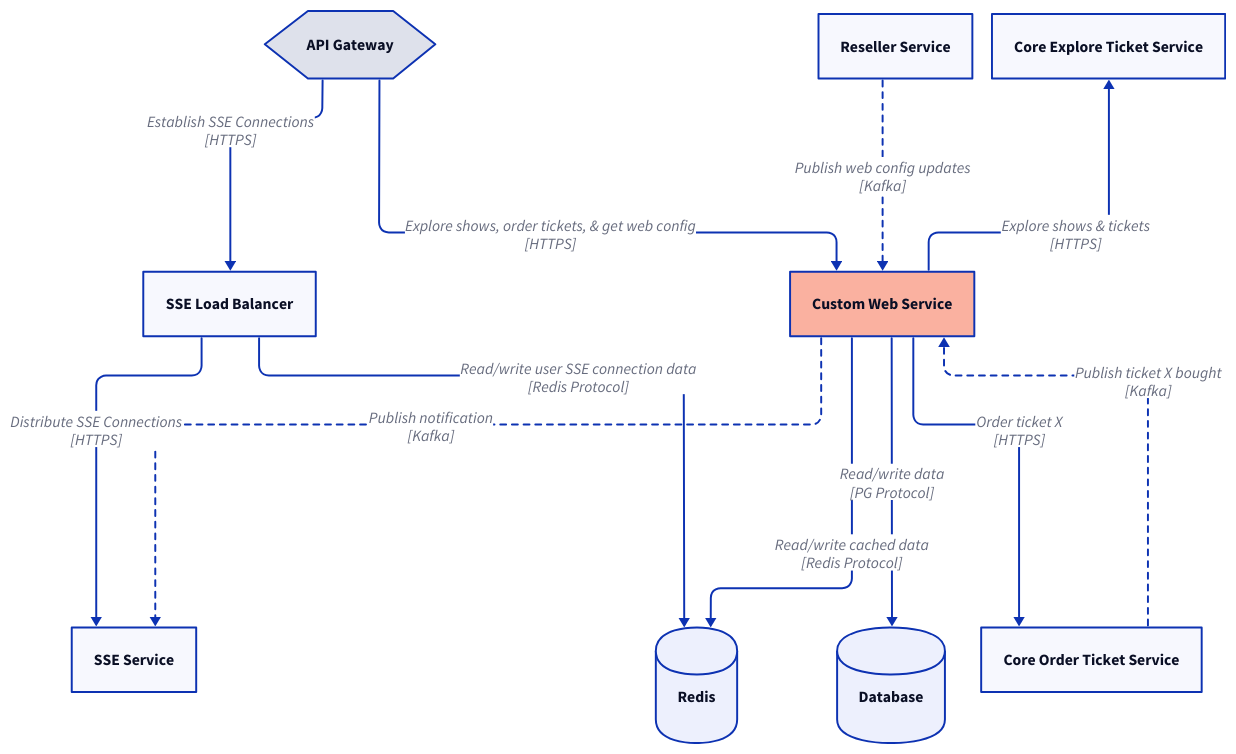
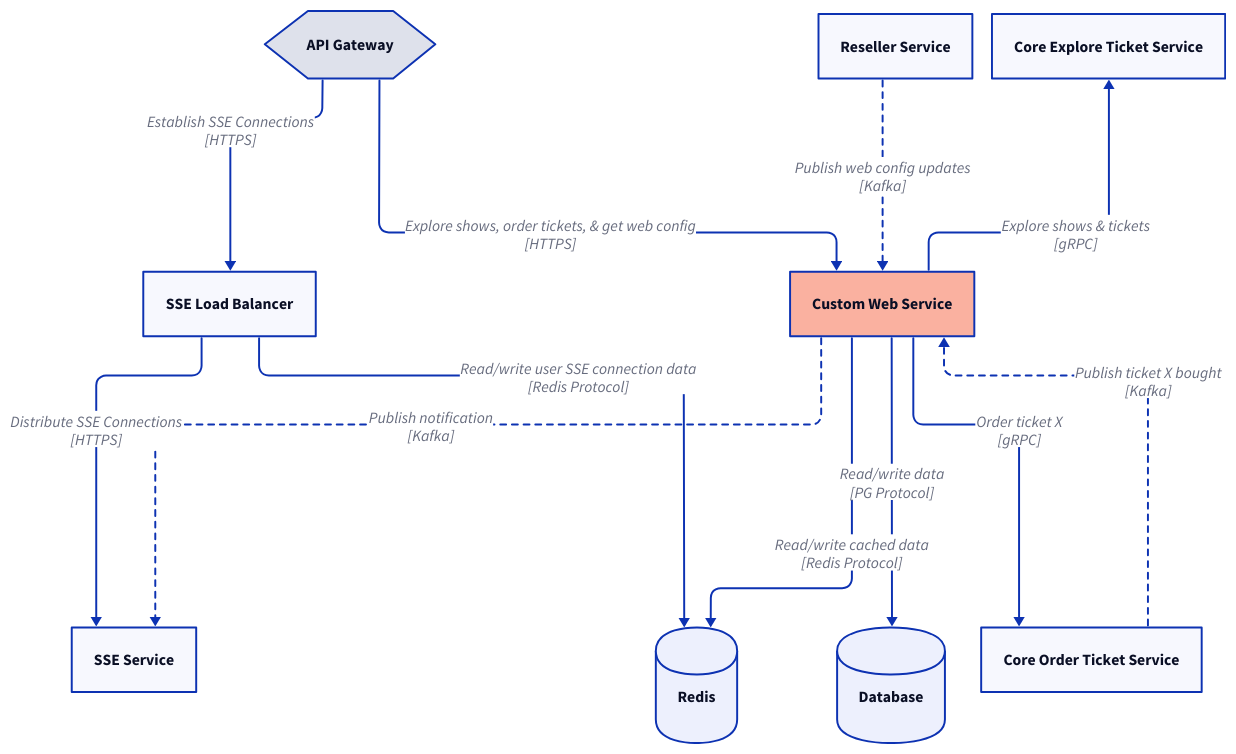
One commit to pramindanata/architecture-katas changed the diagram in kata/ticket-to-serve/asset/custom-web-service-architecture.d2. Above: the diagram before and after it, drawn with D2. The commit also changed 26 other files, not shown here.

```diff
--- a/kata/ticket-to-serve/asset/custom-web-service-architecture.d2
+++ b/kata/ticket-to-serve/asset/custom-web-service-architecture.d2
@@ -1,50 +1,50 @@
 vars: {
   d2-config: {
     layout-engine: elk
   }
 }
 
 gateway: {
   label: API Gateway
   shape: hexagon
 }
 customService: {
   label: Custom Web Service
   style.fill: "#fab1a0"
 }
 resellerService: Reseller Service
 coreOrderTicketService: Core Order Ticket Service
 coreExploreTicketService: Core Explore Ticket Service
 db: {
   label: Database
   shape: cylinder
 }
 redis: {
   label: Redis
   shape: cylinder
 }
 sseLoadBalancer: SSE Load Balancer
 sseService: SSE Service
 
 gateway -> customService: "Explore shows, order tickets, & get web config\n[HTTPS]"
 resellerService -> customService: {
   label: "Publish web config updates\n[Kafka]"
   style.stroke-dash: 3
 }
 gateway -> sseLoadBalancer: "Establish SSE Connections\n[HTTPS]"
 sseLoadBalancer -> redis: "Read/write user SSE connection data\n[Redis Protocol]"
 sseLoadBalancer -> sseService: "Distribute SSE Connections\n[HTTPS]"
 customService -> sseService: {
   label: "Publish notification\n[Kafka]"
   style.stroke-dash: 3
 }
 
 
 customService -> redis: "Read/write cached data\n[Redis Protocol]"
 customService -> db: "Read/write data\n[PG Protocol]"
-coreExploreTicketService <- customService: "Explore shows & tickets\n[HTTPS]"
-customService -> coreOrderTicketService: "Order ticket X\n[HTTPS]"
+coreExploreTicketService <- customService: "Explore shows & tickets\n[gRPC]"
+customService -> coreOrderTicketService: "Order ticket X\n[gRPC]"
 coreOrderTicketService -> customService: {
   label: "Publish ticket X bought\n[Kafka]"
   style.stroke-dash: 3
 }
```
